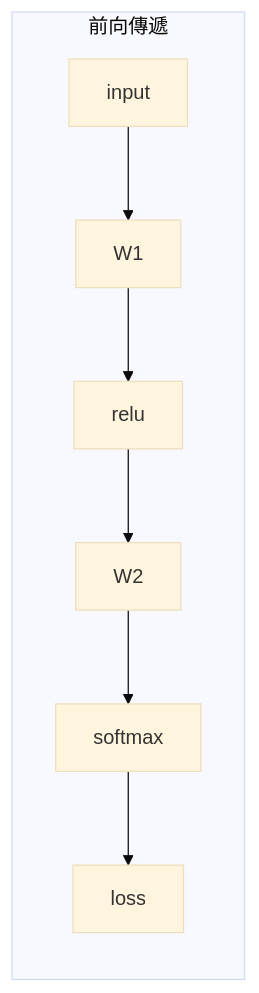
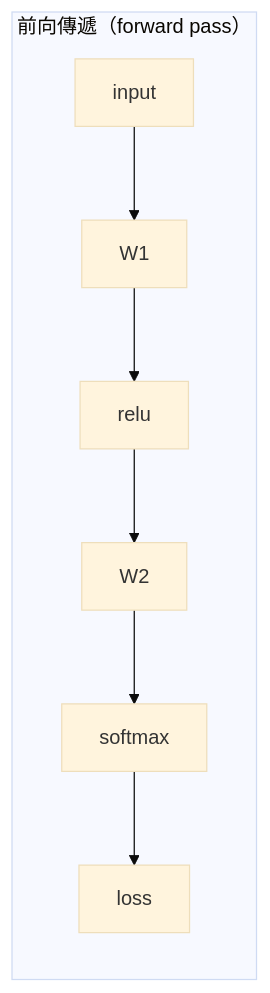
The third of 4 diagrams in i18n/zh-TW/phases/01-math-foundations/04-calculus-for-ml/docs/zh-TW.md (edward821220/ai-engineering-from-scratch), drawn with Mermaid (base theme) before and after one commit. The commit also changed other lines of this file and 197 other files, not shown here.

````diff
--- a/i18n/zh-TW/phases/01-math-foundations/04-calculus-for-ml/docs/zh-TW.md
+++ b/i18n/zh-TW/phases/01-math-foundations/04-calculus-for-ml/docs/zh-TW.md
@@ -371,6 +371,6 @@
 ```mermaid
 graph LR
-    subgraph Forward["前向傳遞"]
+    subgraph Forward["前向傳遞（forward pass）"]
         I["input"] --> W1["W1"] --> R["relu"] --> W2["W2"] --> S["softmax"] --> L["loss"]
     end
 ```
````
